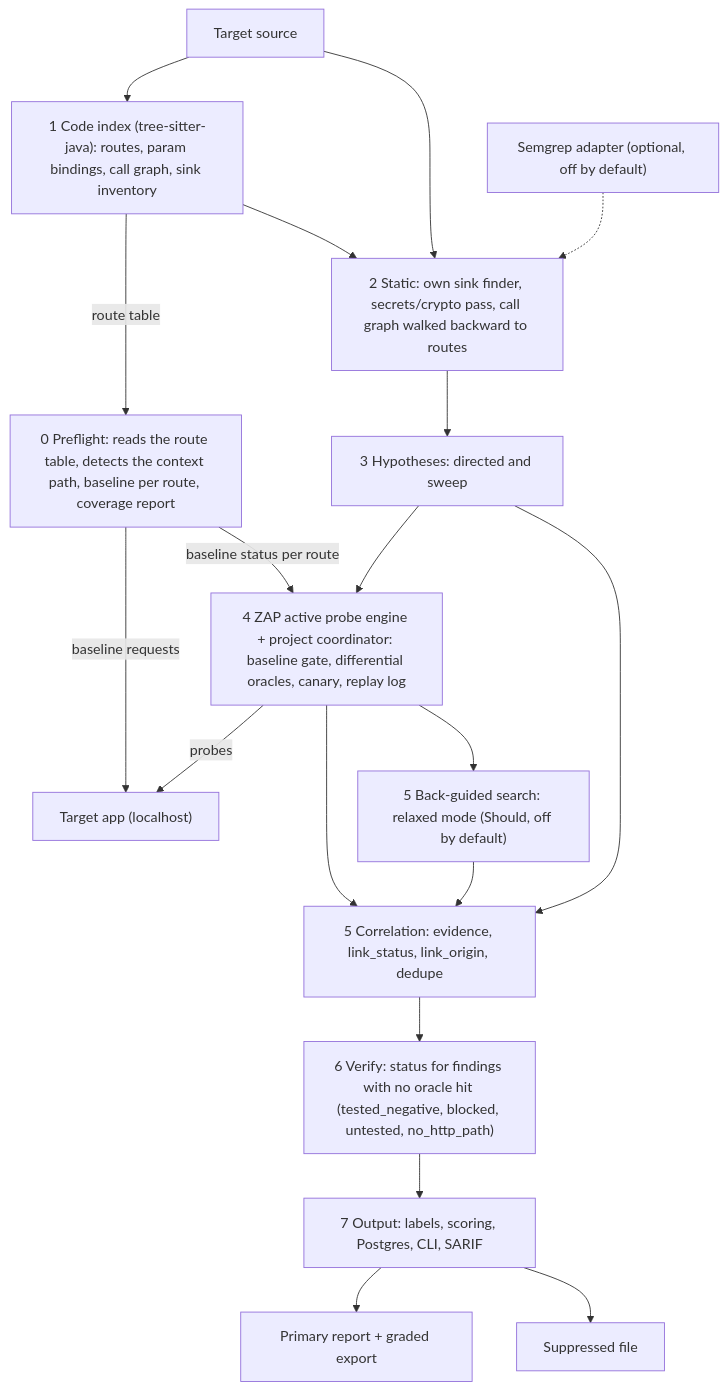
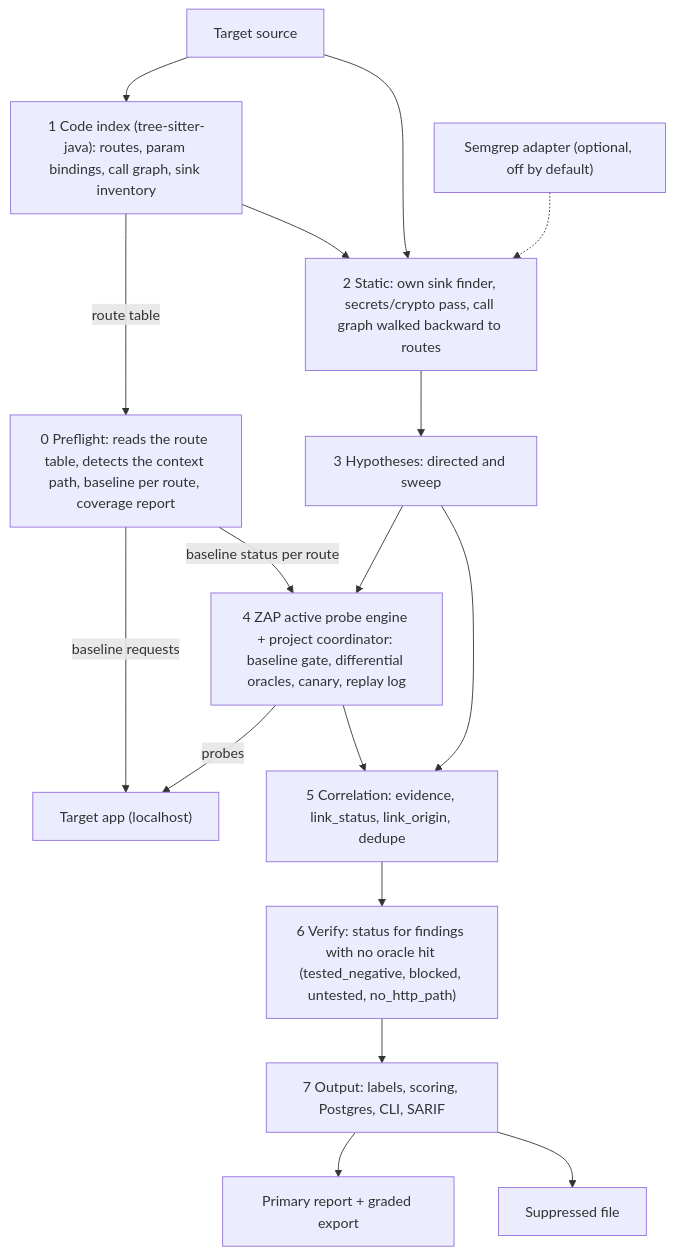
One commit to ROHITH-KUMAR-L/elenchus changed the first of 2 diagrams in docs/architecture.md. Above: the diagram before and after it, drawn with Mermaid.

Commit message:
docs: remove back-guided search from architecture diagram

````diff
--- a/docs/architecture.md
+++ b/docs/architecture.md
@@ -29,33 +29,30 @@
 ```mermaid
 flowchart TD
     src[Target source]
     app["Target app (localhost)"]
     idx["1 Code index (tree-sitter-java): routes, param bindings, call graph, sink inventory"]
     pre["0 Preflight: reads the route table, detects the context path, baseline per route, coverage report"]
     sta["2 Static: own sink finder, secrets/crypto pass, call graph walked backward to routes"]
     semgrep["Semgrep adapter (optional, off by default)"]
     hyp["3 Hypotheses: directed and sweep"]
     probe["4 ZAP active probe engine + project coordinator: baseline gate, differential oracles, canary, replay log"]
     corr["5 Correlation: evidence, link_status, link_origin, dedupe"]
-    bg["5 Back-guided search: relaxed mode (Should, off by default)"]
     ver["6 Verify: status for findings with no oracle hit (tested_negative, blocked, untested, no_http_path)"]
     out["7 Output: labels, scoring, Postgres, CLI, SARIF"]
     src --> idx
     idx -- route table --> pre
     pre -- baseline requests --> app
     idx --> sta
     src --> sta
     semgrep -.-> sta
     sta --> hyp
     pre -- baseline status per route --> probe
     hyp --> probe
     probe -- probes --> app
     probe --> corr
-    probe --> bg
-    bg --> corr
     hyp --> corr
     corr --> ver
     ver --> out
     out --> graded["Primary report + graded export"]
     out --> supp["Suppressed file"]
 ```
````
